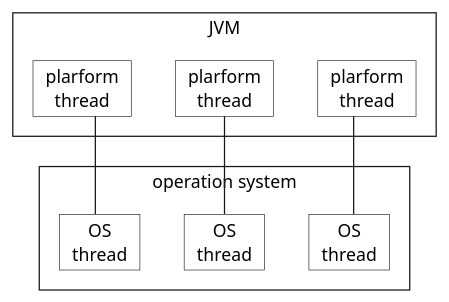
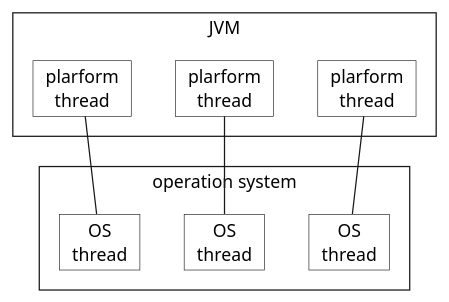
Before and after one commit to ti-cortex-m4/demo-java-virtual-threads2: the diagram in images/platform_threads.puml, drawn with PlantUML. The commit also changed 3 other files, not shown here.

```diff
--- a/images/platform_threads.puml
+++ b/images/platform_threads.puml
@@ -1,29 +1,29 @@
 @startuml
 
 skinparam {
-    linetype ortho
+'    linetype ortho
     defaultTextAlignment center
     roundCorner 0
     CardBackgroundColor transparent
     RectangleBackgroundColor transparent
     RectangleFontName Source Sans Pro
     RectangleFontStyle normal
 }
 
 rectangle JVM {
   card "plarform\nthread" as PlatformThread1
   card "plarform\nthread" as PlatformThread2
   card "plarform\nthread" as PlatformThread3
 }
 
 rectangle "operation system" {
   card "OS\nthread" as OsThread1
   card "OS\nthread" as OsThread2
   card "OS\nthread" as OsThread3
 }
 
 OsThread1 -up- PlatformThread1
 OsThread2 -up- PlatformThread2
 OsThread3 -up- PlatformThread3
 
 @enduml
```
